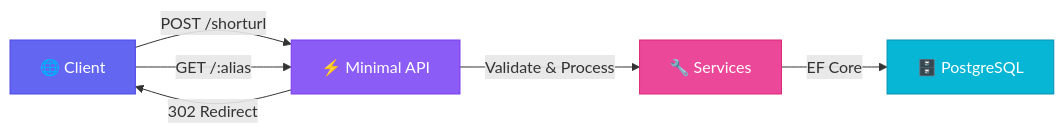
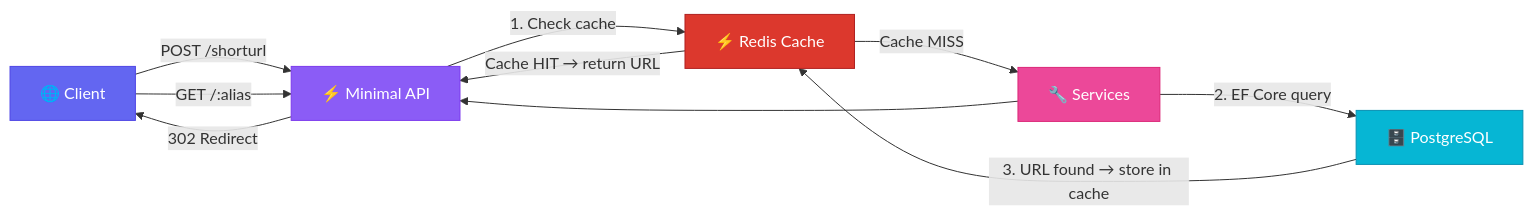
Before and after one commit to Mesh4All99/UrlShorteningService: the first of 2 diagrams in README.md, drawn with Mermaid. The commit also changed other lines of this file, not shown here.

Commit message:
fixed readme.md, so it include new redis architecure.

````diff
--- a/README.md
+++ b/README.md
@@ -71,13 +73,18 @@
 ```mermaid
 graph LR
     A["🌐 Client"] -->|POST /shorturl| B["⚡ Minimal API"]
     A -->|GET /:alias| B
-    B -->|Validate & Process| C["🔧 Services"]
-    C -->|EF Core| D["🗄️ PostgreSQL"]
+    B -->|"1. Check cache"| E["⚡ Redis Cache"]
+    E -->|"Cache HIT → return URL"| B
+    E -->|"Cache MISS"| C["🔧 Services"]
+    C -->|"2. EF Core query"| D["🗄️ PostgreSQL"]
+    D -->|"3. URL found → store in cache"| E
+    C --> B
     B -->|302 Redirect| A
-    
+
     style A fill:#6366f1,stroke:#4f46e5,color:#fff
     style B fill:#8b5cf6,stroke:#7c3aed,color:#fff
     style C fill:#ec4899,stroke:#db2777,color:#fff
     style D fill:#06b6d4,stroke:#0891b2,color:#fff
+    style E fill:#DC382D,stroke:#b02020,color:#fff
 ```
````
